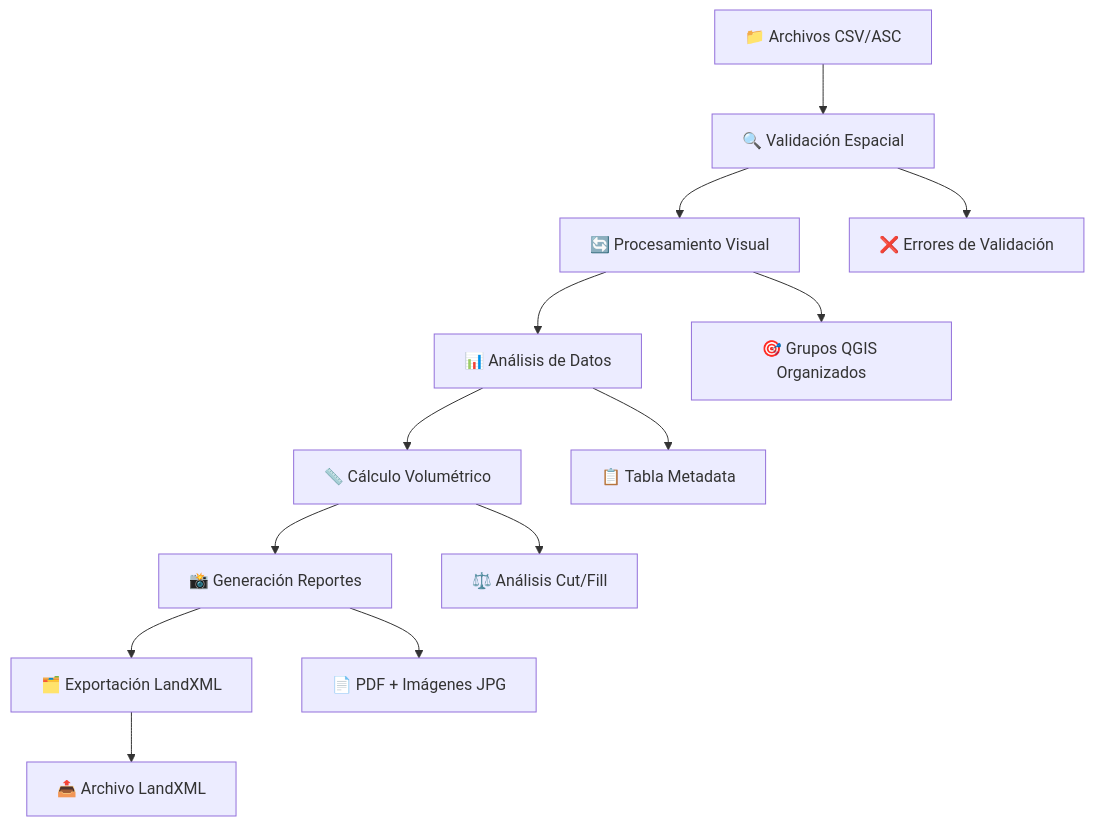
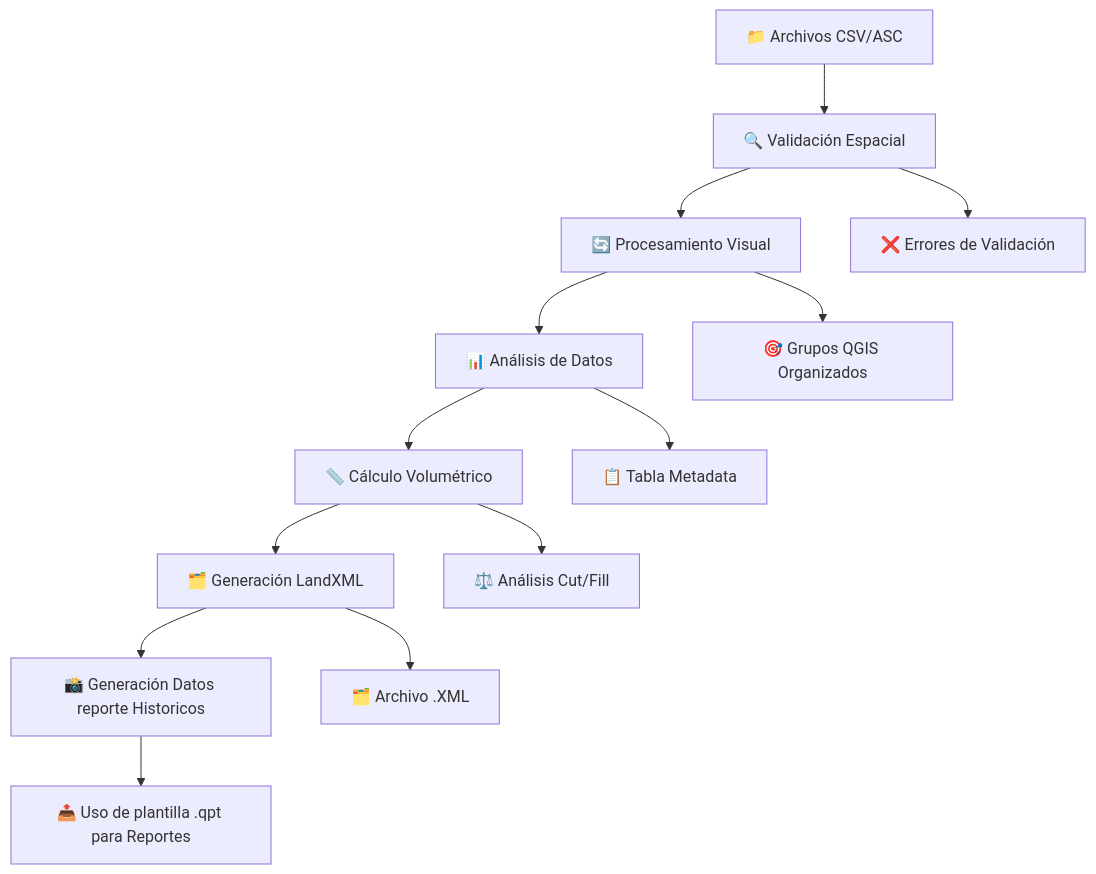
Before and after one commit to titoruizh/PLUGIN_Canchas_LT: the diagram in README.md, drawn with Mermaid.

Commit message:
Update report generation and export steps in README

````diff
--- a/README.md
+++ b/README.md
@@ -60,16 +60,16 @@
 ```mermaid
 graph TD
     A[📁 Archivos CSV/ASC] --> B[🔍 Validación Espacial]
     B --> C[🔄 Procesamiento Visual]
     C --> D[📊 Análisis de Datos]
     D --> E[📏 Cálculo Volumétrico]
-    E --> F[📸 Generación Reportes]
-    F --> G[🗂️ Exportación LandXML]
+    E --> F[🗂️ Generación LandXML]
+    F --> G[📸 Generación Datos reporte Historicos]
     
     B --> H[❌ Errores de Validación]
     C --> I[🎯 Grupos QGIS Organizados]
     D --> J[📋 Tabla Metadata]
     E --> K[⚖️ Análisis Cut/Fill]
-    F --> L[📄 PDF + Imágenes JPG]
-    G --> M[📤 Archivo LandXML]
+    F --> L[🗂️ Archivo .XML]
+    G --> M[📤 Uso de plantilla .qpt para Reportes]
 ```
````
